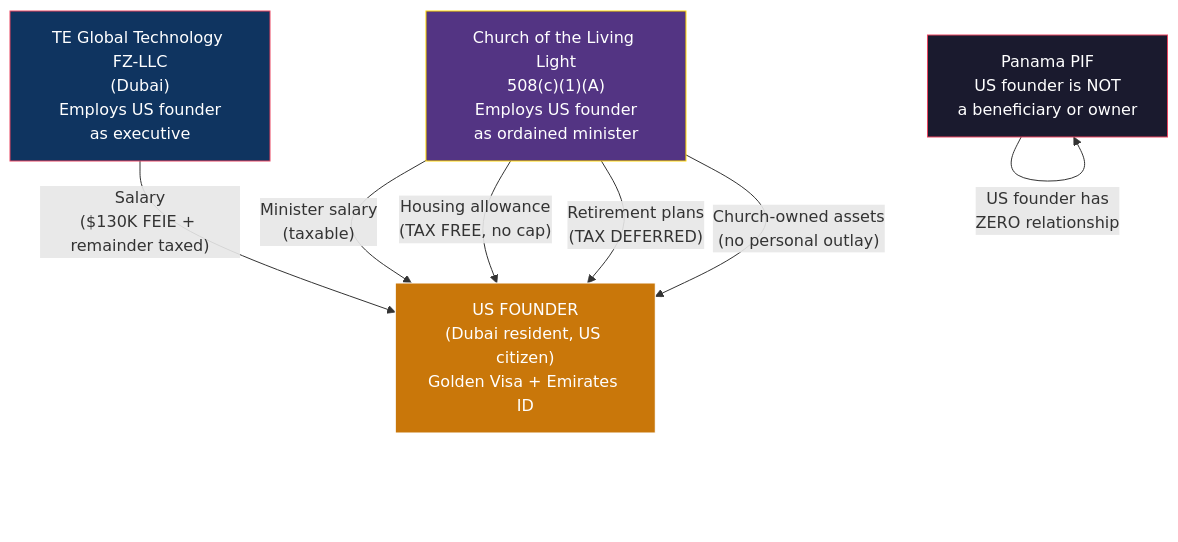
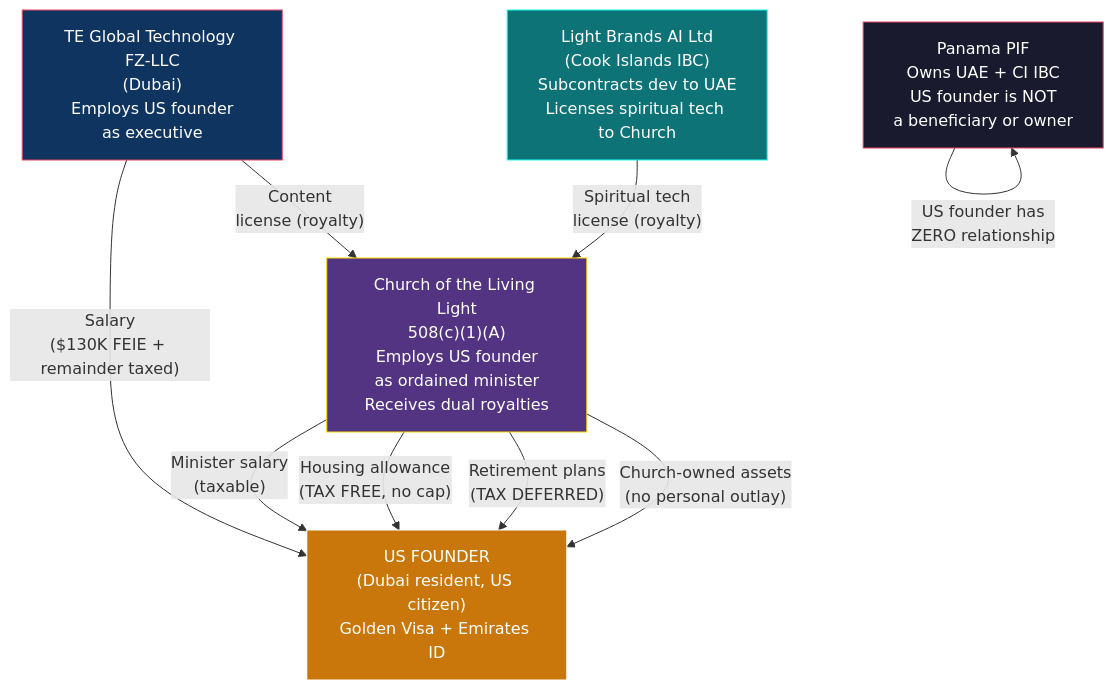
The diagram in docs/tax-structure/03-FOUNDER-GUIDE-US.md (Light-Brands/epic-center), drawn with Mermaid before and after one commit. The commit also changed other lines of this file and 7 other files, not shown here.

First line of the commit message:
Integrate Light Brands AI (Cook Islands IBC) into tax structure docs

````diff
--- a/docs/tax-structure/03-FOUNDER-GUIDE-US.md
+++ b/docs/tax-structure/03-FOUNDER-GUIDE-US.md
@@ -18,22 +18,27 @@
 ```mermaid
 graph TB
     UAE["TE Global Technology FZ-LLC<br/>(Dubai)<br/>Employs US founder<br/>as executive"]
 
-    CHURCH["Church of the Living Light<br/>508(c)(1)(A)<br/>Employs US founder<br/>as ordained minister"]
+    CI["Light Brands AI Ltd<br/>(Cook Islands IBC)<br/>Subcontracts dev to UAE<br/>Licenses spiritual tech to Church"]
 
-    PIF["Panama PIF<br/>US founder is NOT<br/>a beneficiary or owner"]
+    CHURCH["Church of the Living Light<br/>508(c)(1)(A)<br/>Employs US founder<br/>as ordained minister<br/>Receives dual royalties"]
+
+    PIF["Panama PIF<br/>Owns UAE + CI IBC<br/>US founder is NOT<br/>a beneficiary or owner"]
 
     US["US FOUNDER<br/>(Dubai resident, US citizen)<br/>Golden Visa + Emirates ID"]
 
     UAE -->|"Salary<br/>($130K FEIE + remainder taxed)"| US
+    CI -->|"Spiritual tech<br/>license (royalty)"| CHURCH
+    UAE -->|"Content<br/>license (royalty)"| CHURCH
     CHURCH -->|"Minister salary<br/>(taxable)"| US
     CHURCH -->|"Housing allowance<br/>(TAX FREE, no cap)"| US
     CHURCH -->|"Retirement plans<br/>(TAX DEFERRED)"| US
     CHURCH -->|"Church-owned assets<br/>(no personal outlay)"| US
     PIF -->|"US founder has<br/>ZERO relationship"| PIF
 
     style UAE fill:#0f3460,stroke:#e94560,color:#fff
+    style CI fill:#0d7377,stroke:#14ffec,color:#fff
     style CHURCH fill:#533483,stroke:#ffd700,color:#fff
     style PIF fill:#1a1a2e,stroke:#e94560,color:#fff
     style US fill:#c9770a,stroke:#fff,color:#fff
 ```
````
